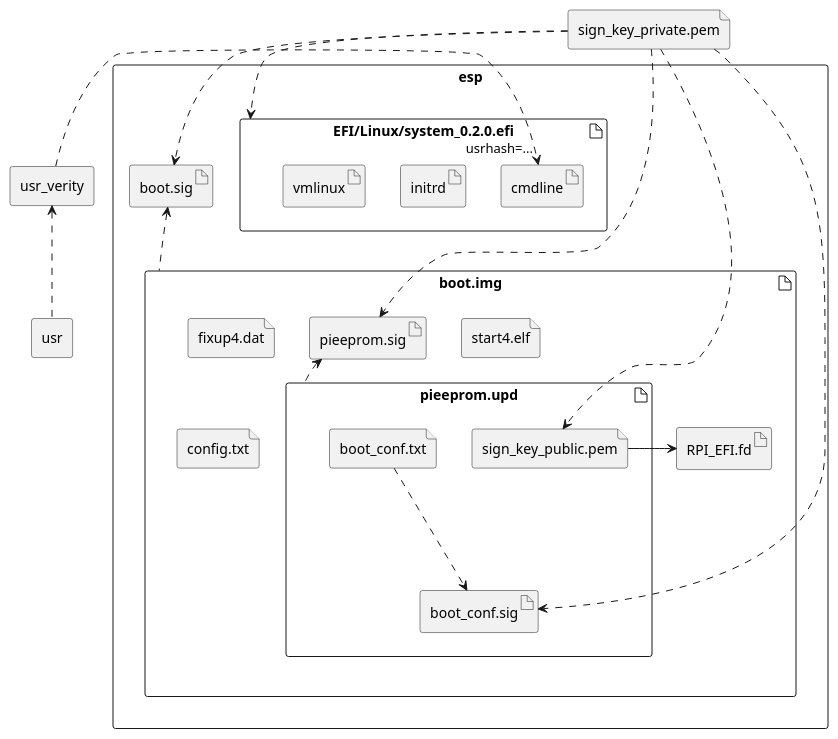
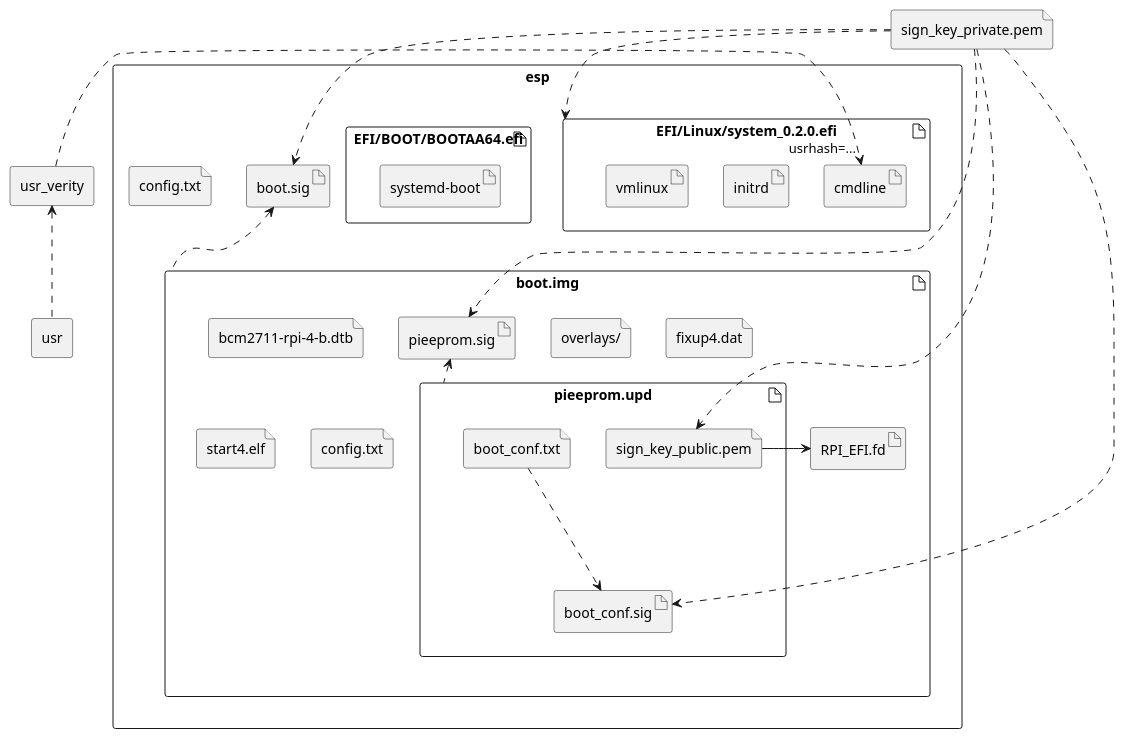
The diagram in docs/plan.plantuml (valtzu/rpi-mkosi), drawn with PlantUML before and after one commit. The commit also changed 9 other files, not shown here.

```diff
--- a/docs/plan.plantuml
+++ b/docs/plan.plantuml
@@ -1,47 +1,55 @@
 @startuml
 
 file sign_key_private.pem
 
 rectangle usr {
 }
 rectangle usr_verity {
 }
 
 rectangle esp {
+    file config.txt as esp/config.txt {
+    }
     artifact boot.img {
+        file "bcm2711-rpi-4-b.dtb"
+        file "overlays/"
         file fixup4.dat
         file start4.elf
         file config.txt
         artifact RPI_EFI.fd {
         }
         artifact pieeprom.upd {
             file sign_key_public.pem
             file boot_conf.txt
             artifact boot_conf.sig
         }
         artifact pieeprom.sig {
         }
     }
     artifact boot.sig
 
     artifact "EFI/Linux/system_0.2.0.efi" as uki {
         artifact initrd
         artifact cmdline
         artifact vmlinux
     }
+
+    artifact "EFI/BOOT/BOOTAA64.efi" as systemd {
+        artifact "systemd-boot"
+    }
 }
 
 sign_key_private.pem -.> sign_key_public.pem
 boot.img .up-> boot.sig
 sign_key_private.pem .> boot.sig
 
 boot_conf.txt -.-> boot_conf.sig
 pieeprom.upd -up.> pieeprom.sig
 sign_key_private.pem -.-> boot_conf.sig
 sign_key_private.pem -.-> pieeprom.sig
 sign_key_private.pem .-> uki
 sign_key_public.pem -> RPI_EFI.fd
 usr .up.> usr_verity
 usr_verity .> "usrhash=..." cmdline
 
 @enduml
```
